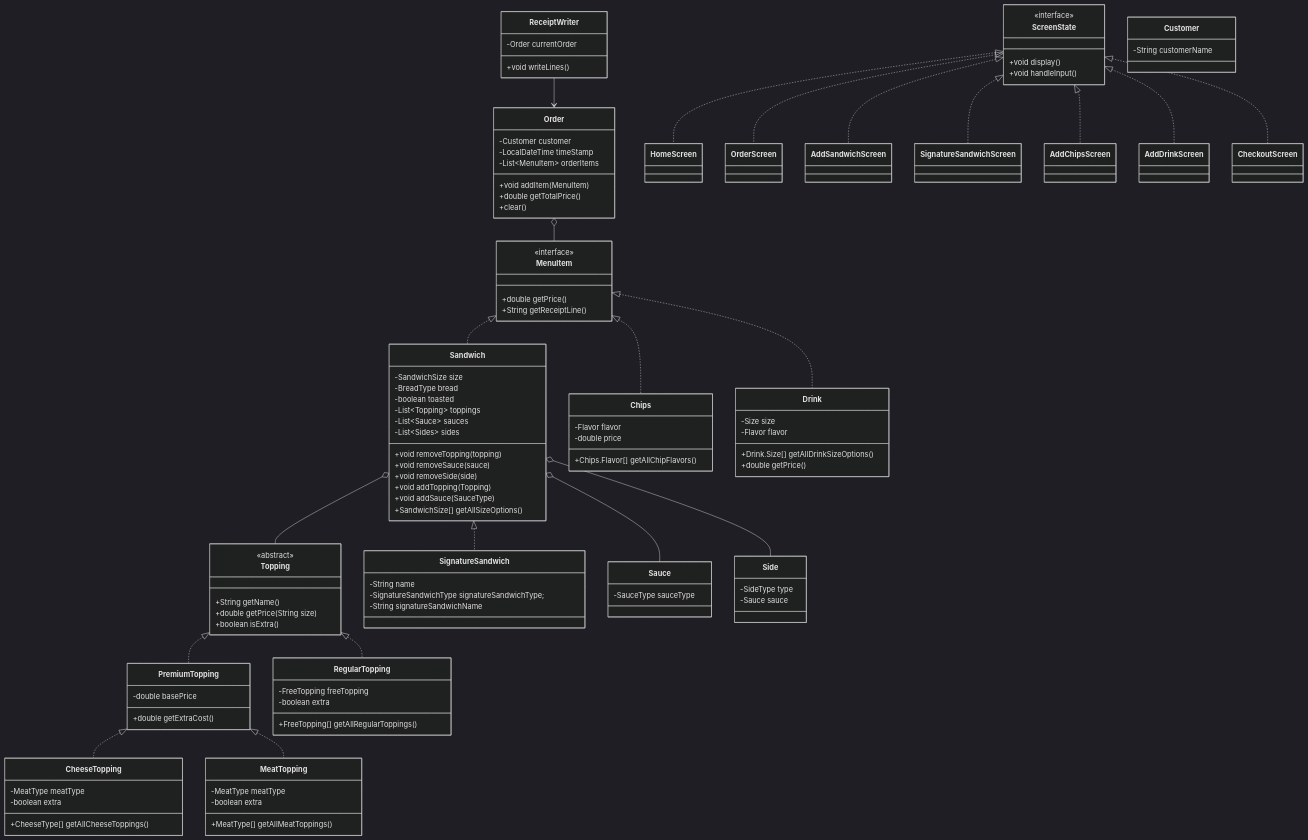
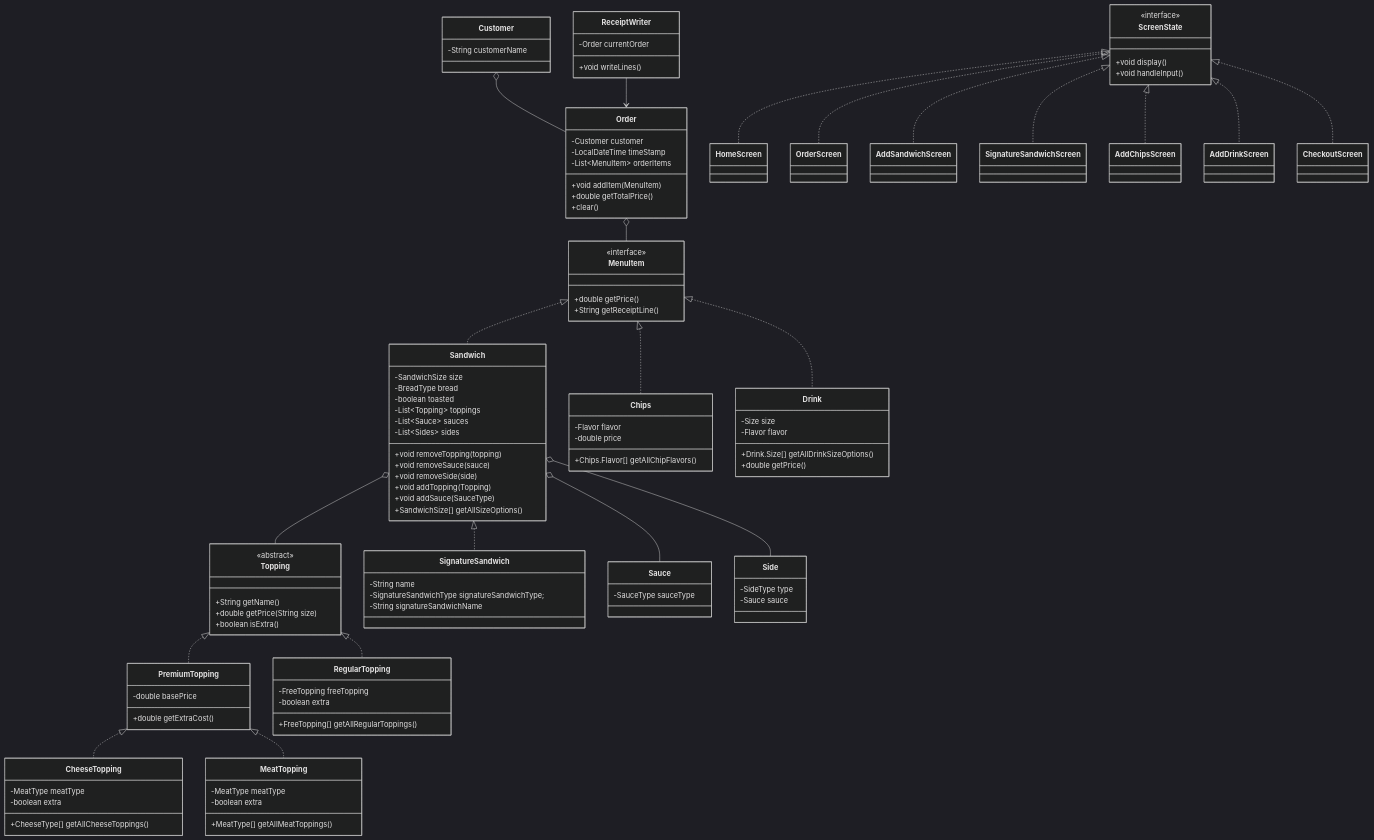
One commit to annaharbour/deli-cious changed the diagram in README.md. Above: the diagram before and after it, drawn with Mermaid (dark theme).

```diff
--- a/README.md
+++ b/README.md
@@ -142,6 +142,7 @@
     Sandwich o-- Sauce
     Sandwich o-- Side
 
+    Customer o-- Order
     Order o-- MenuItem
 
     ScreenState <|.. HomeScreen
```
